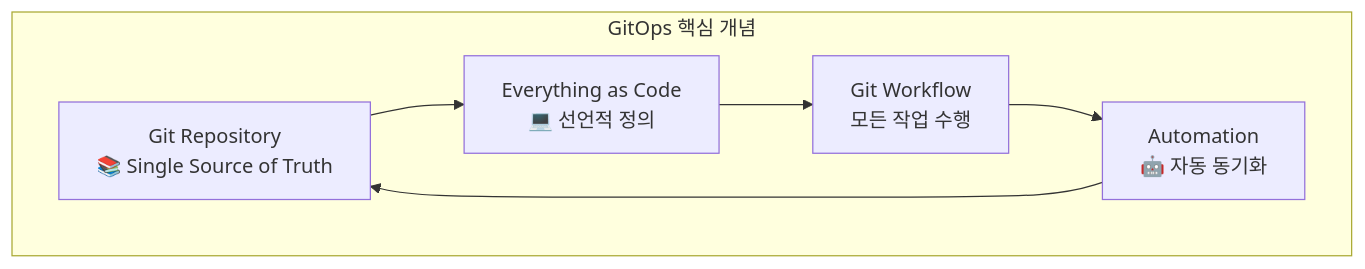
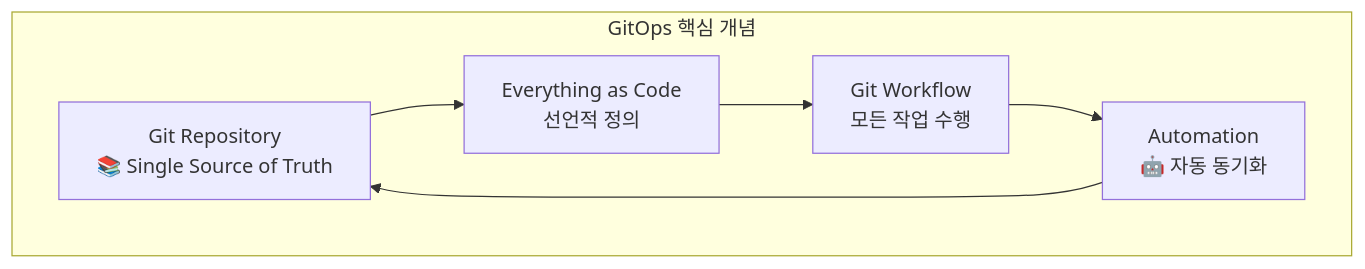
Before and after one commit to juwon8891/juwon8891.github.io: the second of 41 diagrams in docs/cicd/week1-image-build.md, drawn with Mermaid. The commit also changed other lines of this file and 29 other files, not shown here.

````diff
--- a/docs/cicd/week1-image-build.md
+++ b/docs/cicd/week1-image-build.md
@@ -50,16 +54,16 @@
 ```mermaid
 graph TB
     subgraph "GitOps 핵심 개념"
         GIT[Git Repository<br/>📚 Single Source of Truth]
-        CODE[Everything as Code<br/>💻 선언적 정의]
+        CODE[Everything as Code<br/> 선언적 정의]
         WORKFLOW[Git Workflow<br/>모든 작업 수행]
         AUTO[Automation<br/>🤖 자동 동기화]
 
         GIT --> CODE
         CODE --> WORKFLOW
         WORKFLOW --> AUTO
         AUTO --> GIT
 
     end
 
 ```
````
